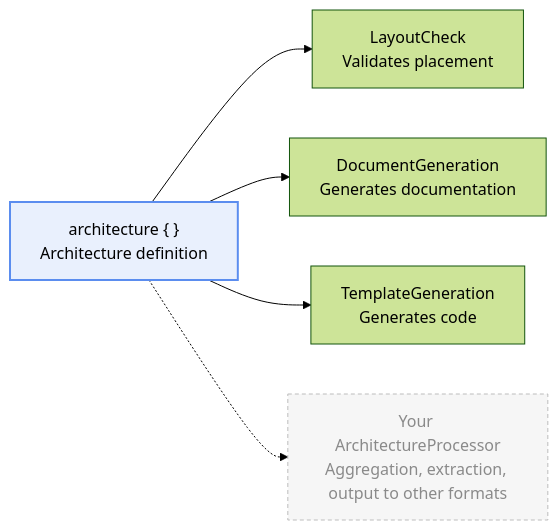
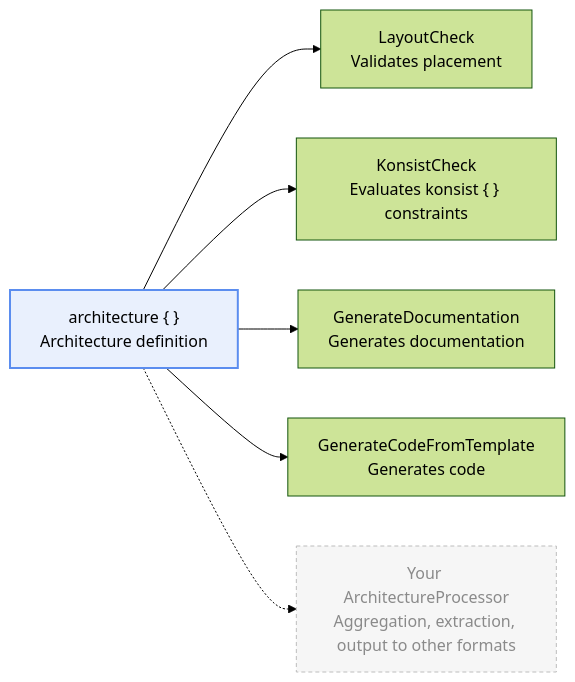
Before and after one commit to TBSten/katachi: the diagram in docs/src/content/docs/guides/processor.mdx, drawn with Mermaid (forest theme). The commit also changed other lines of this file and 1 other file, not shown here.

````diff
--- a/docs/src/content/docs/guides/processor.mdx
+++ b/docs/src/content/docs/guides/processor.mdx
@@ -36,11 +44,12 @@
 ```mermaid
 flowchart LR
     D["architecture { }<br/>Architecture definition"]
     D --> Layout["LayoutCheck<br/>Validates placement"]
-    D --> Doc["DocumentGeneration<br/>Generates documentation"]
-    D --> Template["TemplateGeneration<br/>Generates code"]
+    D --> Konsist["KonsistCheck<br/>Evaluates konsist { } constraints"]
+    D --> Doc["GenerateDocumentation<br/>Generates documentation"]
+    D --> Template["GenerateCodeFromTemplate<br/>Generates code"]
     D -.-> Custom["Your ArchitectureProcessor<br/>Aggregation, extraction, output to other formats"]
 
     style D fill:#5B8DEF22,stroke:#5B8DEF,stroke-width:2px
     style Custom fill:#BDBDBD22,stroke:#BDBDBD,stroke-dasharray:4 3,color:#8A8A8A
 ```
````
